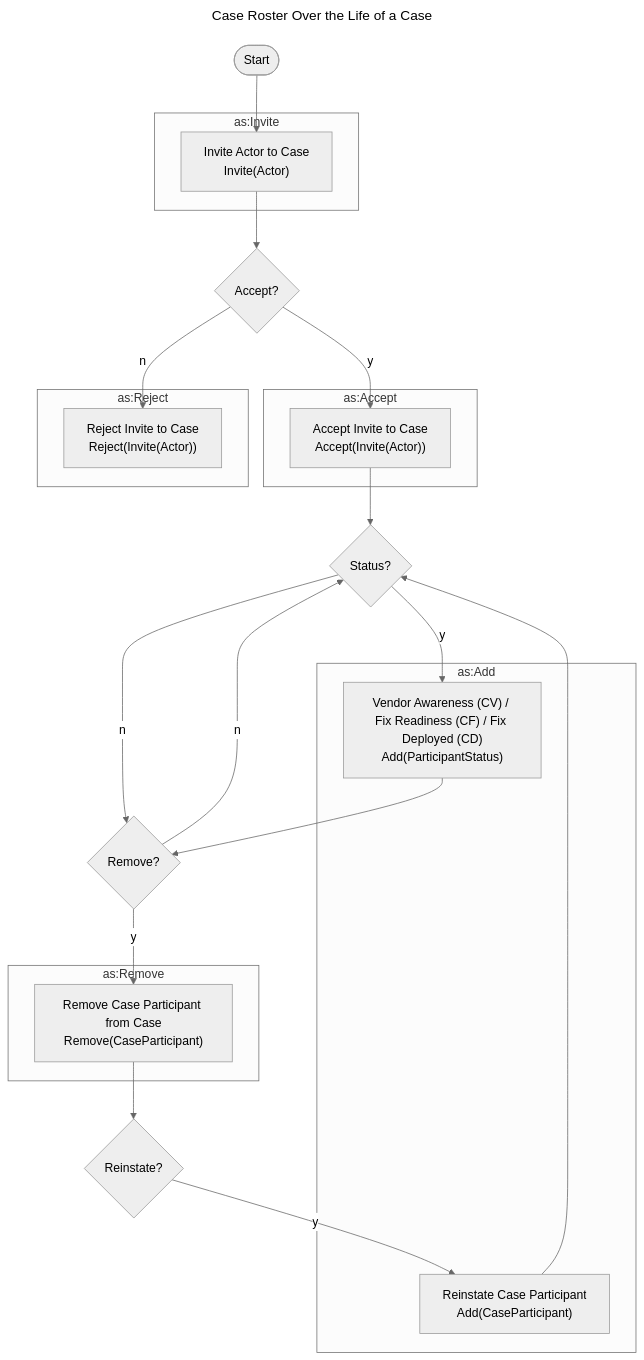
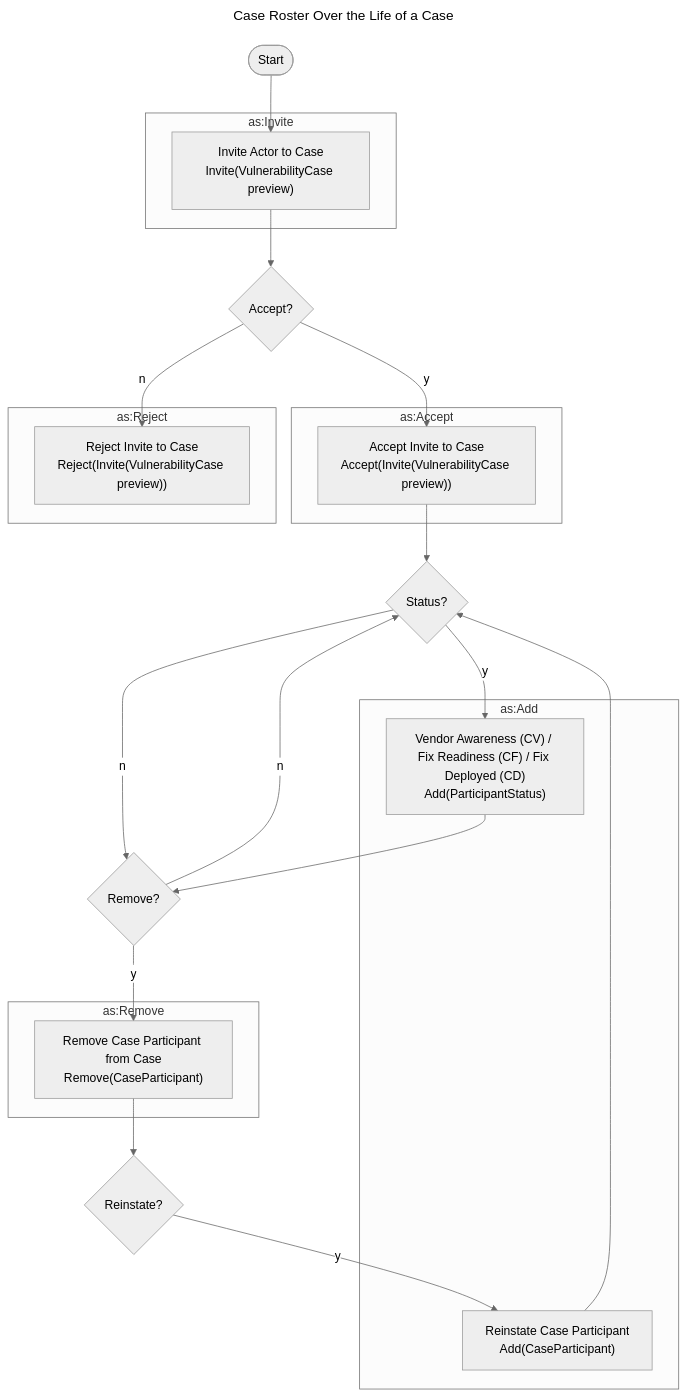
Before and after one commit to CERTCC/Vultron: the diagram in docs/howto/activitypub/activities/manage_participants.md, drawn with Mermaid (neutral theme). The commit also changed other lines of this file and 129 other files, not shown here.

First line of the commit message:
test, docs, specs: move case Invites to AS2 slots and the stub to the preview

````diff
--- a/docs/howto/activitypub/activities/manage_participants.md
+++ b/docs/howto/activitypub/activities/manage_participants.md
@@ -37,37 +37,37 @@
 ```mermaid
 ---
 title: Case Roster Over the Life of a Case
 ---
 flowchart TB
     subgraph as:Invite
-        RmInviteToCase["Invite Actor to Case<br/>Invite(Actor)"]
+        RmInviteToCase["Invite Actor to Case<br/>Invite(VulnerabilityCase preview)"]
     end
     subgraph as:Accept
-        RmAcceptInviteToCase["Accept Invite to Case<br/>Accept(Invite(Actor))"]
+        RmAcceptInviteToCase["Accept Invite to Case<br/>Accept(Invite(VulnerabilityCase preview))"]
     end
     subgraph as:Reject
-        RmRejectInviteToCase["Reject Invite to Case<br/>Reject(Invite(Actor))"]
+        RmRejectInviteToCase["Reject Invite to Case<br/>Reject(Invite(VulnerabilityCase preview))"]
     end
     subgraph as:Add
         AddStatusToParticipant["Vendor Awareness (CV) / Fix Readiness (CF) / Fix Deployed (CD)<br/>Add(ParticipantStatus)"]
         AddParticipantToCase["Reinstate Case Participant<br/>Add(CaseParticipant)"]
     end
     subgraph as:Remove
         RemoveParticipantFromCase["Remove Case Participant from Case<br/>Remove(CaseParticipant)"]
     end
     start([Start])
     start --> RmInviteToCase
     RmInviteToCase --> a{Accept?}
     a -->|y| RmAcceptInviteToCase
     a -->|n| RmRejectInviteToCase
     RmAcceptInviteToCase --> s{Status?}
 
     s -->|y| AddStatusToParticipant
     s -->|n| r{Remove?}
     AddStatusToParticipant --> r
     r -->|y| RemoveParticipantFromCase
     r -->|n| s
     RemoveParticipantFromCase --> b{Reinstate?}
     b -->|y| AddParticipantToCase
     AddParticipantToCase --> s
 ```
````
